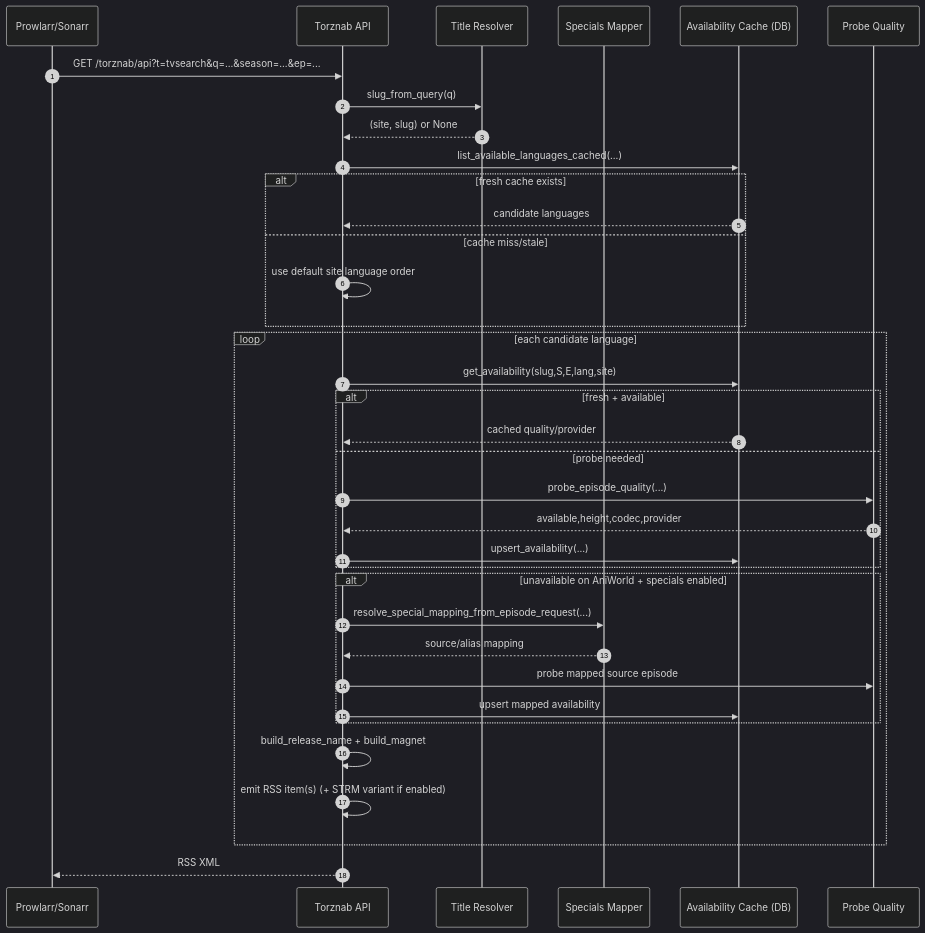
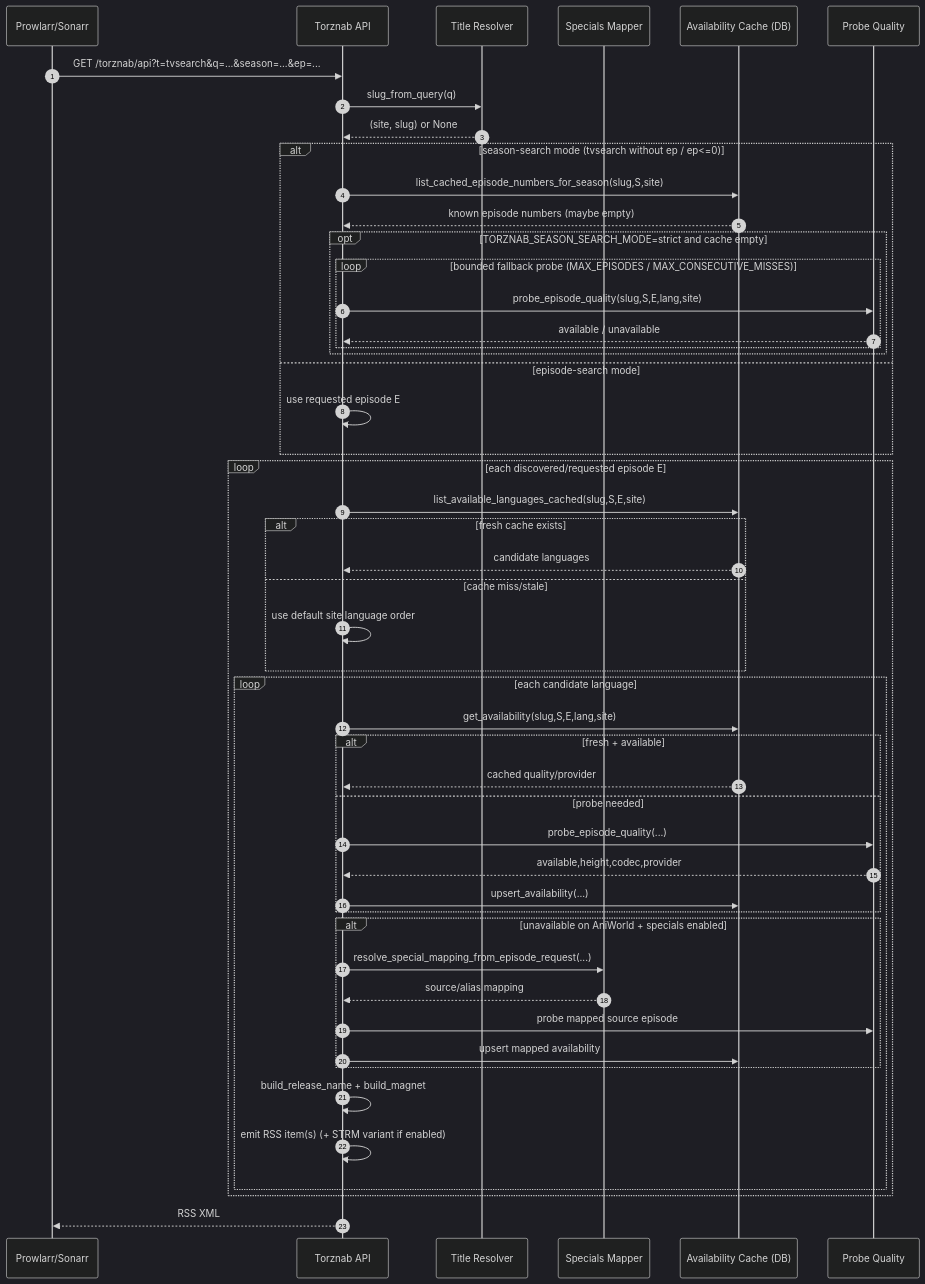
One commit to Zzackllack/AniBridge changed the third of 12 diagrams in docs/src/developer/architecture.md. Above: the diagram before and after it, drawn with Mermaid (dark theme). The commit also changed 4 other files, not shown here.

First line of the commit message:
fix(config,docs,tests): tighten season-search guardrails and health checks

````diff
--- a/docs/src/developer/architecture.md
+++ b/docs/src/developer/architecture.md
@@ -117,40 +117,55 @@
 ```mermaid
 sequenceDiagram
   autonumber
   participant C as Prowlarr/Sonarr
   participant T as Torznab API
   participant R as Title Resolver
   participant S as Specials Mapper
   participant A as Availability Cache (DB)
   participant P as Probe Quality
 
   C->>T: GET /torznab/api?t=tvsearch&q=...&season=...&ep=...
   T->>R: slug_from_query(q)
   R-->>T: (site, slug) or None
-  T->>A: list_available_languages_cached(...)
-  alt fresh cache exists
-    A-->>T: candidate languages
-  else cache miss/stale
-    T->>T: use default site language order
+
+  alt season-search mode (tvsearch without ep / ep<=0)
+    T->>A: list_cached_episode_numbers_for_season(slug,S,site)
+    A-->>T: known episode numbers (maybe empty)
+    opt TORZNAB_SEASON_SEARCH_MODE=strict and cache empty
+      loop bounded fallback probe (MAX_EPISODES / MAX_CONSECUTIVE_MISSES)
+        T->>P: probe_episode_quality(slug,S,E,lang,site)
+        P-->>T: available / unavailable
+      end
+    end
+  else episode-search mode
+    T->>T: use requested episode E
   end
 
-  loop each candidate language
-    T->>A: get_availability(slug,S,E,lang,site)
-    alt fresh + available
-      A-->>T: cached quality/provider
-    else probe needed
-      T->>P: probe_episode_quality(...)
-      P-->>T: available,height,codec,provider
-      T->>A: upsert_availability(...)
+  loop each discovered/requested episode E
+    T->>A: list_available_languages_cached(slug,S,E,site)
+    alt fresh cache exists
+      A-->>T: candidate languages
+    else cache miss/stale
+      T->>T: use default site language order
     end
-    alt unavailable on AniWorld + specials enabled
-      T->>S: resolve_special_mapping_from_episode_request(...)
-      S-->>T: source/alias mapping
-      T->>P: probe mapped source episode
-      T->>A: upsert mapped availability
+    loop each candidate language
+      T->>A: get_availability(slug,S,E,lang,site)
+      alt fresh + available
+        A-->>T: cached quality/provider
+      else probe needed
+        T->>P: probe_episode_quality(...)
+        P-->>T: available,height,codec,provider
+        T->>A: upsert_availability(...)
+      end
+      alt unavailable on AniWorld + specials enabled
+        T->>S: resolve_special_mapping_from_episode_request(...)
+        S-->>T: source/alias mapping
+        T->>P: probe mapped source episode
+        T->>A: upsert mapped availability
+      end
+      T->>T: build_release_name + build_magnet
+      T->>T: emit RSS item(s) (+ STRM variant if enabled)
     end
-    T->>T: build_release_name + build_magnet
-    T->>T: emit RSS item(s) (+ STRM variant if enabled)
   end
   T-->>C: RSS XML
 ```
````
